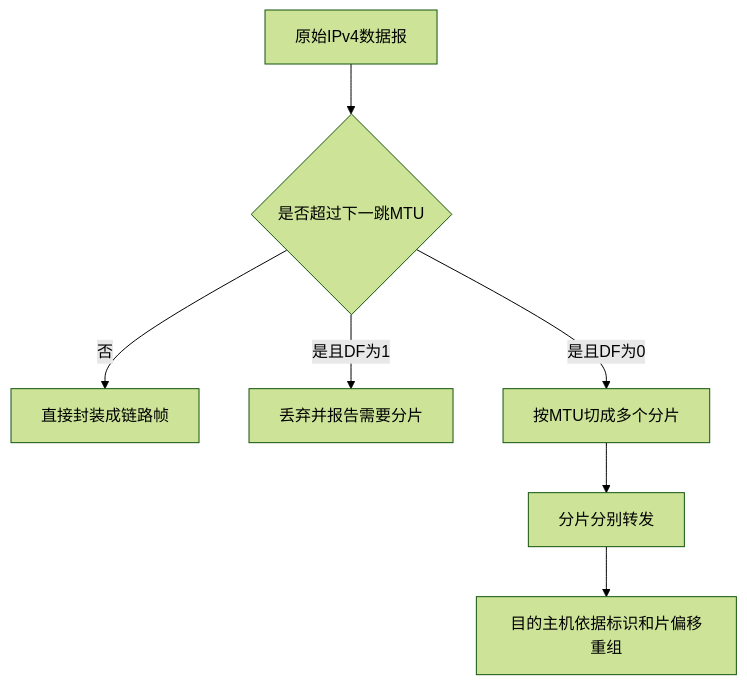
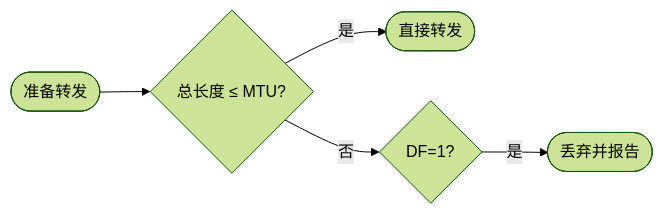
One commit to 74262195/system-architect-notes changed the first of 2 diagrams in 01_综合知识/01_计算机基础知识/03_计算机网络/IPv4报文与分片.md. Above: the diagram before and after it, drawn with Mermaid (forest theme). The commit also changed other lines of this file and 21 other files, not shown here.

````diff
--- a/01_综合知识/01_计算机基础知识/03_计算机网络/IPv4报文与分片.md
+++ b/01_综合知识/01_计算机基础知识/03_计算机网络/IPv4报文与分片.md
@@ -59,9 +61,7 @@
 ```mermaid
-flowchart TD
-  A[原始IPv4数据报] --> B{是否超过下一跳MTU}
-  B -- 否 --> C[直接封装成链路帧]
-  B -- 是且DF为1 --> D[丢弃并报告需要分片]
-  B -- 是且DF为0 --> E[按MTU切成多个分片]
-  E --> F[分片分别转发]
-  F --> G[目的主机依据标识和片偏移重组]
+flowchart LR
+  A([准备转发]) --> B{总长度 ≤ MTU?}
+  B -- 是 --> C([直接转发])
+  B -- 否 --> D{DF=1?}
+  D -- 是 --> E([丢弃并报告])
 ```
````
